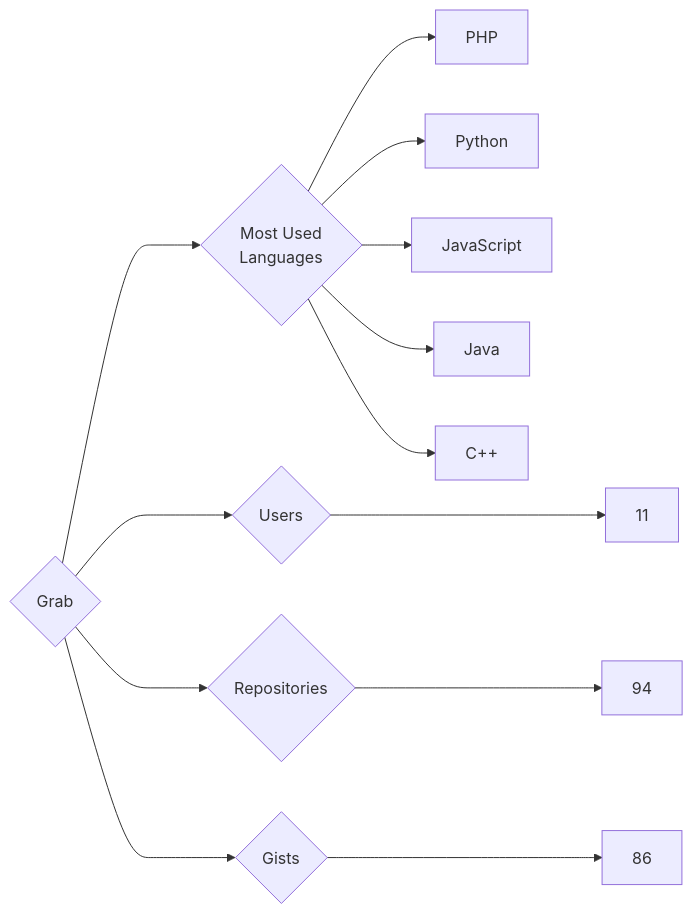
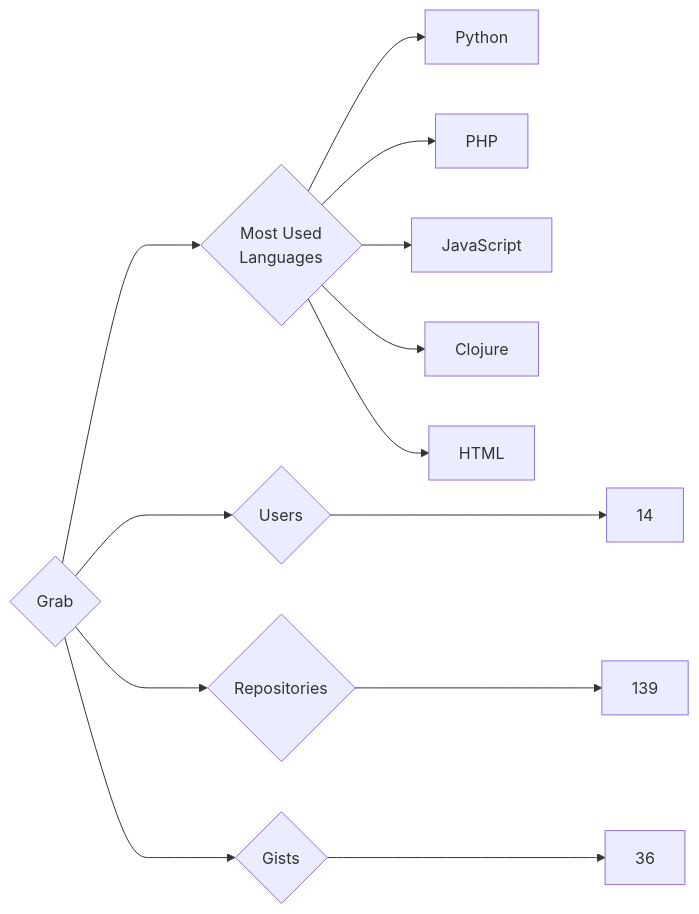
Before and after one commit to trickest/insiders: the diagram in targets/Grab/README.md, drawn with Mermaid. The commit also changed 847 other files, not shown here.

````diff
--- a/targets/Grab/README.md
+++ b/targets/Grab/README.md
@@ -3,13 +3,13 @@
 ```mermaid
 graph LR
 COMPANY_NAME{Grab}
-COMPANY_NAME ---> U{Users} ---> UN[11]
-COMPANY_NAME ---> R{Repositories} ---> RN[94]
-COMPANY_NAME ---> G{Gists} ---> GN[86]
+COMPANY_NAME ---> U{Users} ---> UN[14]
+COMPANY_NAME ---> R{Repositories} ---> RN[139]
+COMPANY_NAME ---> G{Gists} ---> GN[36]
 COMPANY_NAME ---> ML{Most Used<br>Languages}
+ML --> Python[Python]
 ML --> PHP[PHP]
-ML --> Python[Python]
 ML --> JavaScript[JavaScript]
-ML --> Java[Java]
-ML --> C++[C++]
+ML --> Clojure[Clojure]
+ML --> HTML[HTML]
 ```
````
